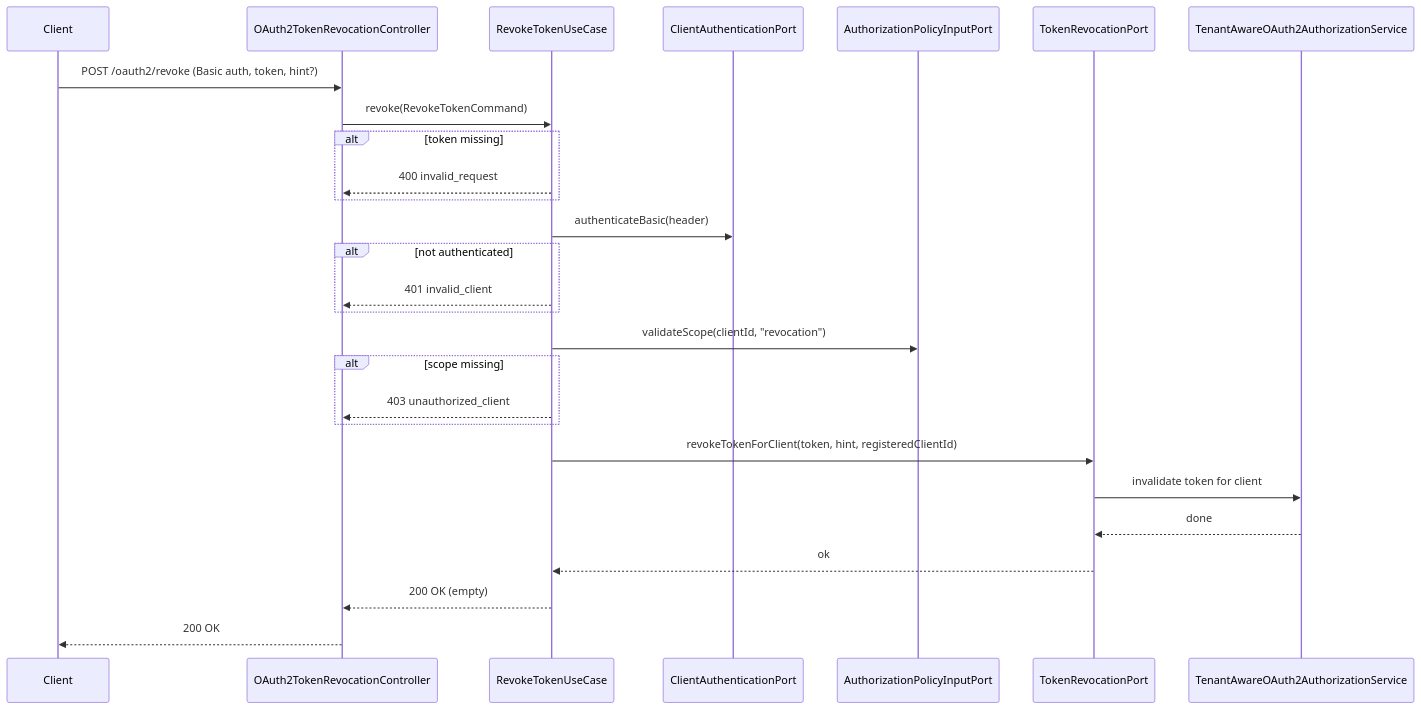
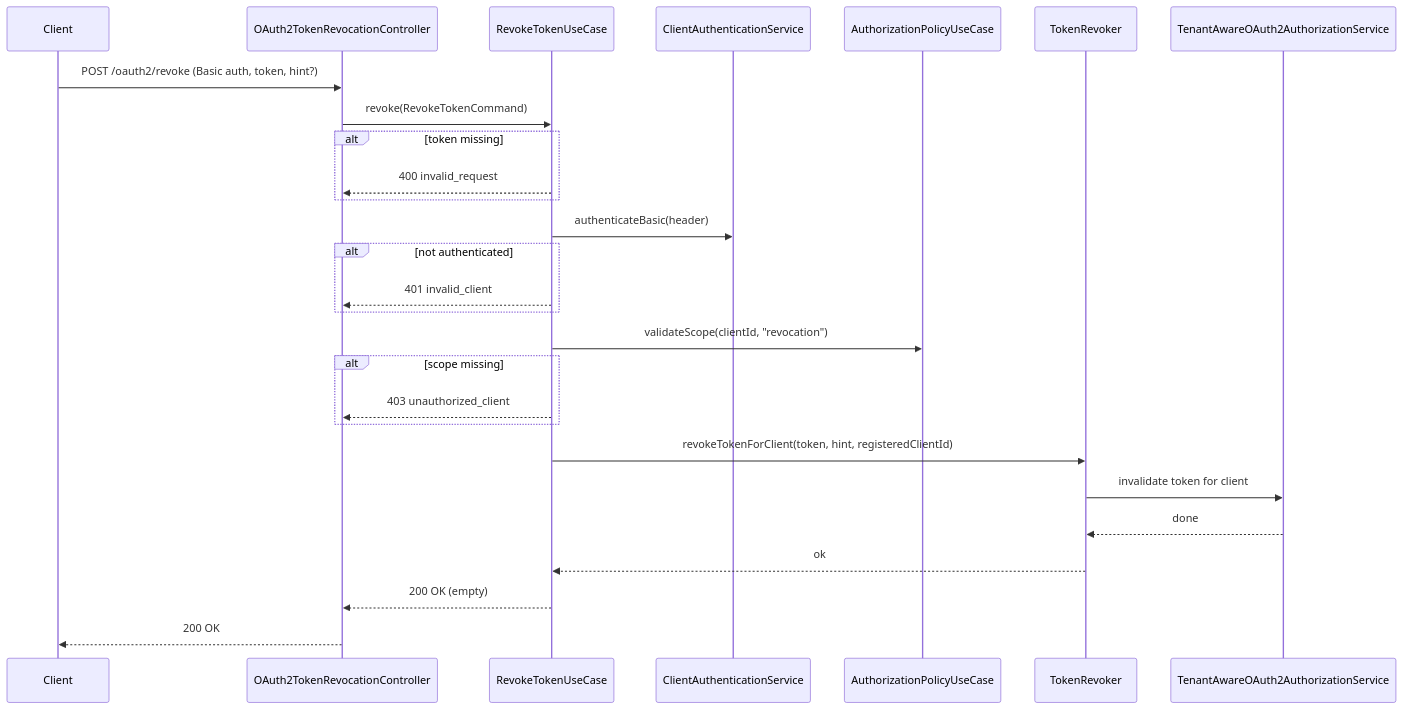
One commit to edmaputra/ed-auth changed the diagram in documentation/features/07-token-revocation.md. Above: the diagram before and after it, drawn with Mermaid. The commit also changed other lines of this file and 15 other files, not shown here.

````diff
--- a/documentation/features/07-token-revocation.md
+++ b/documentation/features/07-token-revocation.md
@@ -68,30 +68,30 @@
 ```mermaid
 sequenceDiagram
     participant Cl as Client
     participant Ctrl as OAuth2TokenRevocationController
     participant UC as RevokeTokenUseCase
-    participant Auth as ClientAuthenticationPort
-    participant Pol as AuthorizationPolicyInputPort
-    participant Rev as TokenRevocationPort
+    participant Auth as ClientAuthenticationService
+    participant Pol as AuthorizationPolicyUseCase
+    participant Rev as TokenRevoker
     participant Store as TenantAwareOAuth2AuthorizationService
 
     Cl->>Ctrl: POST /oauth2/revoke (Basic auth, token, hint?)
     Ctrl->>UC: revoke(RevokeTokenCommand)
     alt token missing
         UC-->>Ctrl: 400 invalid_request
     end
     UC->>Auth: authenticateBasic(header)
     alt not authenticated
         UC-->>Ctrl: 401 invalid_client
     end
     UC->>Pol: validateScope(clientId, "revocation")
     alt scope missing
         UC-->>Ctrl: 403 unauthorized_client
     end
     UC->>Rev: revokeTokenForClient(token, hint, registeredClientId)
     Rev->>Store: invalidate token for client
     Store-->>Rev: done
     Rev-->>UC: ok
     UC-->>Ctrl: 200 OK (empty)
     Ctrl-->>Cl: 200 OK
 ```
````
